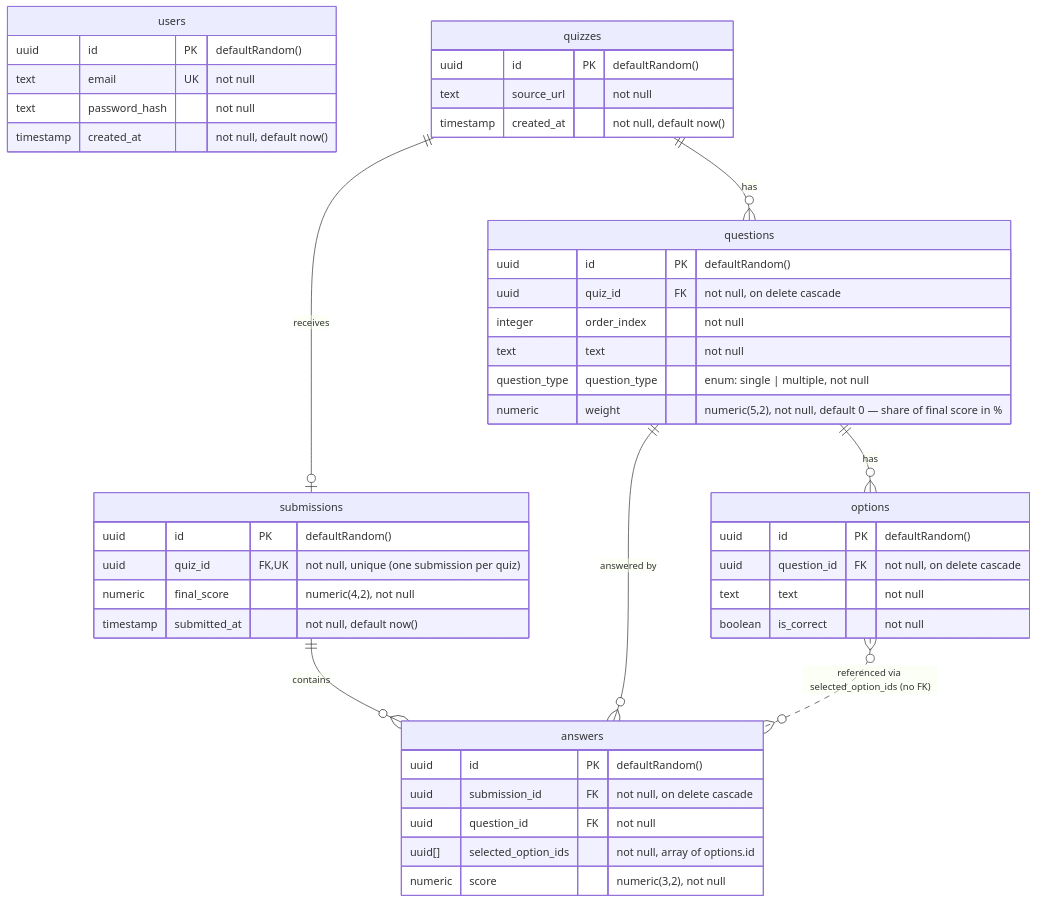
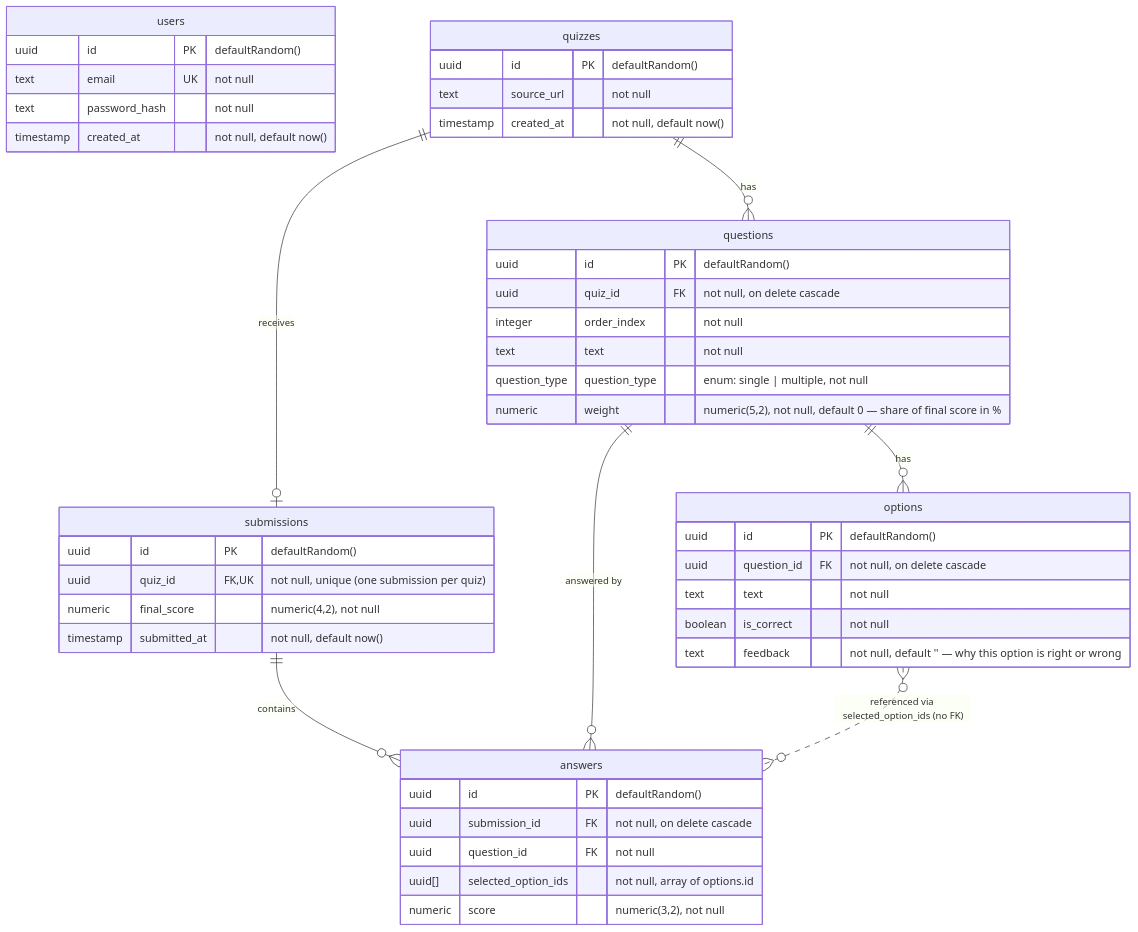
Before and after one commit to ofelipechan/solvd-quiz-agent: the diagram in docs/DATABASE.md, drawn with Mermaid. The commit also changed other lines of this file and 25 other files, not shown here.

````diff
--- a/docs/DATABASE.md
+++ b/docs/DATABASE.md
@@ -7,53 +7,54 @@
 ```mermaid
 erDiagram
     users {
         uuid id PK "defaultRandom()"
         text email UK "not null"
         text password_hash "not null"
         timestamp created_at "not null, default now()"
     }
 
     quizzes {
         uuid id PK "defaultRandom()"
         text source_url "not null"
         timestamp created_at "not null, default now()"
     }
 
     questions {
         uuid id PK "defaultRandom()"
         uuid quiz_id FK "not null, on delete cascade"
         integer order_index "not null"
         text text "not null"
         question_type question_type "enum: single | multiple, not null"
         numeric weight "numeric(5,2), not null, default 0 — share of final score in %"
     }
 
     options {
         uuid id PK "defaultRandom()"
         uuid question_id FK "not null, on delete cascade"
         text text "not null"
         boolean is_correct "not null"
+        text feedback "not null, default '' — why this option is right or wrong"
     }
 
     submissions {
         uuid id PK "defaultRandom()"
         uuid quiz_id FK,UK "not null, unique (one submission per quiz)"
         numeric final_score "numeric(4,2), not null"
         timestamp submitted_at "not null, default now()"
     }
 
     answers {
         uuid id PK "defaultRandom()"
         uuid submission_id FK "not null, on delete cascade"
         uuid question_id FK "not null"
         uuid[] selected_option_ids "not null, array of options.id"
         numeric score "numeric(3,2), not null"
     }
 
     quizzes ||--o{ questions : "has"
     questions ||--o{ options : "has"
     quizzes ||--o| submissions : "receives"
     submissions ||--o{ answers : "contains"
     questions ||--o{ answers : "answered by"
     options }o..o{ answers : "referenced via selected_option_ids (no FK)"
 ```
````
